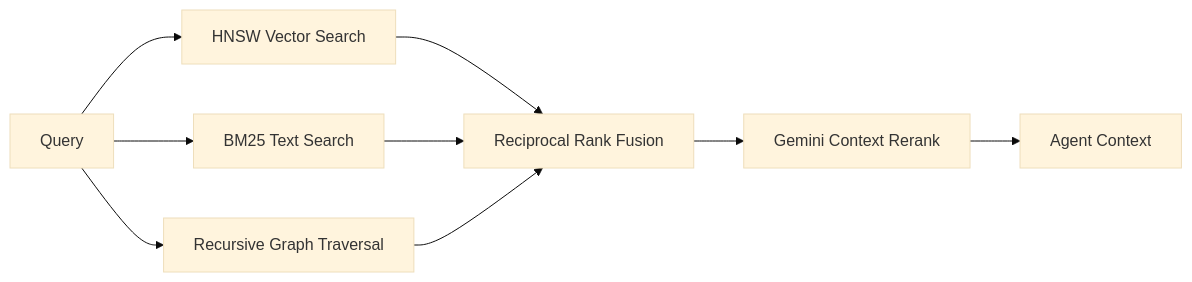
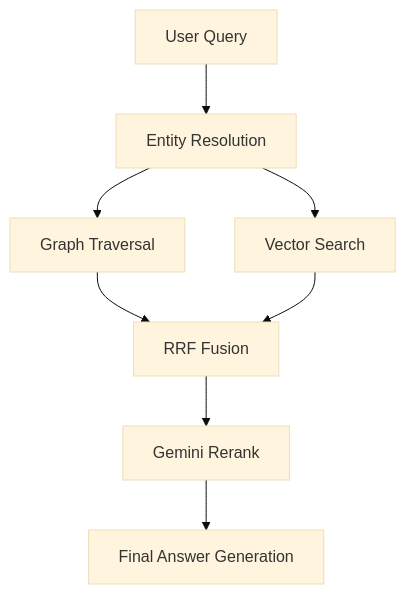
One commit to Ayush-kathil/cura-assistant-RAG changed the third of 4 diagrams in README.md. Above: the diagram before and after it, drawn with Mermaid (base theme). The commit also changed other lines of this file and 15 other files, not shown here.

````diff
--- a/README.md
+++ b/README.md
@@ -36,10 +81,10 @@
 ```mermaid
-graph LR
-    Query --> Vector[HNSW Vector Search]
-    Query --> BM25[BM25 Text Search]
-    Query --> Graph[Recursive Graph Traversal]
-    Vector --> RRF[Reciprocal Rank Fusion]
-    BM25 --> RRF
-    Graph --> RRF
-    RRF --> Rerank[Gemini Context Rerank] --> Final[Agent Context]
+graph TD
+    Query[User Query] --> EntityRes[Entity Resolution]
+    EntityRes --> GraphTrav[Graph Traversal]
+    EntityRes --> VectorSearch[Vector Search]
+    GraphTrav --> RRF[RRF Fusion]
+    VectorSearch --> RRF[RRF Fusion]
+    RRF --> GeminiRerank[Gemini Rerank]
+    GeminiRerank --> Answer[Final Answer Generation]
 ```
````
